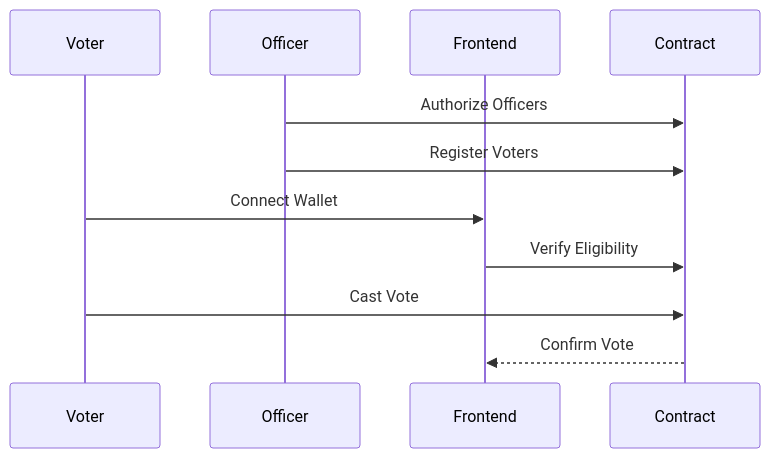
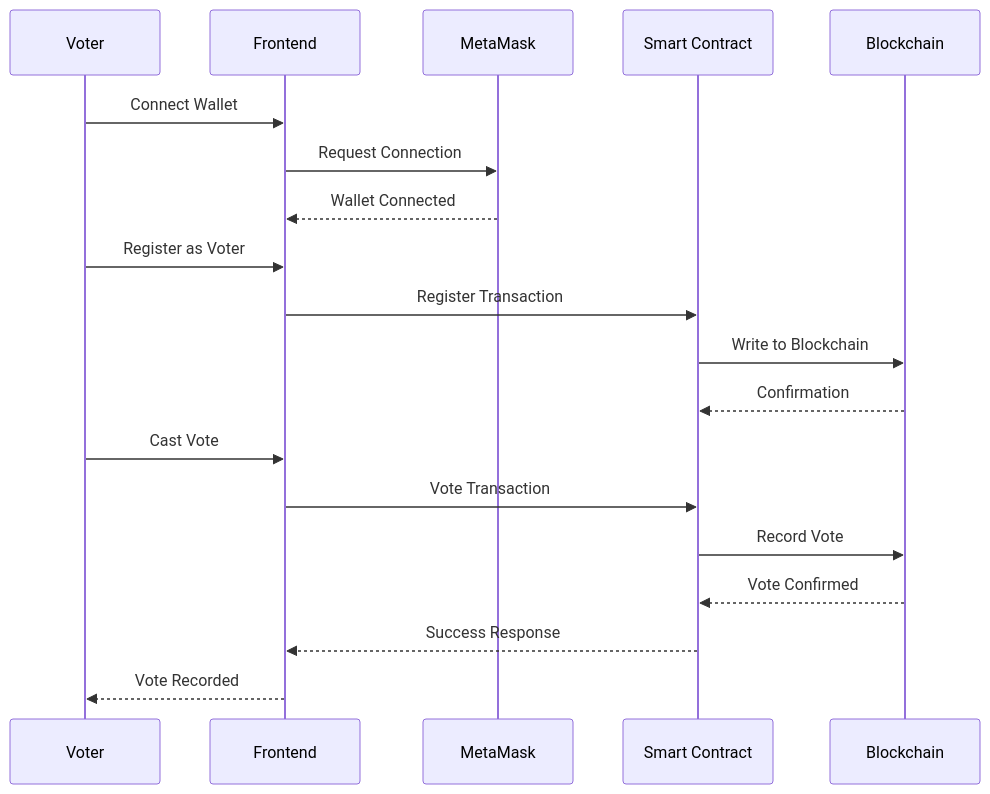
The second of 2 diagrams in README.md (NIHAL-PM/blockchainbasedvotingsystem), drawn with Mermaid before and after one commit. The commit also changed other lines of this file, not shown here.

````diff
--- a/README.md
+++ b/README.md
@@ -74,14 +84,24 @@
 ```mermaid
 sequenceDiagram
-    participant Voter
-    participant Officer
-    participant Frontend
-    participant Contract
+    participant V as Voter
+    participant F as Frontend
+    participant M as MetaMask
+    participant C as Smart Contract
+    participant B as Blockchain
     
-    Officer->>Contract: Authorize Officers
-    Officer->>Contract: Register Voters
-    Voter->>Frontend: Connect Wallet
-    Frontend->>Contract: Verify Eligibility
-    Voter->>Contract: Cast Vote
-    Contract-->>Frontend: Confirm Vote
+    V->>F: Connect Wallet
+    F->>M: Request Connection
+    M-->>F: Wallet Connected
+    
+    V->>F: Register as Voter
+    F->>C: Register Transaction
+    C->>B: Write to Blockchain
+    B-->>C: Confirmation
+    
+    V->>F: Cast Vote
+    F->>C: Vote Transaction
+    C->>B: Record Vote
+    B-->>C: Vote Confirmed
+    C-->>F: Success Response
+    F-->>V: Vote Recorded
 ```
````
